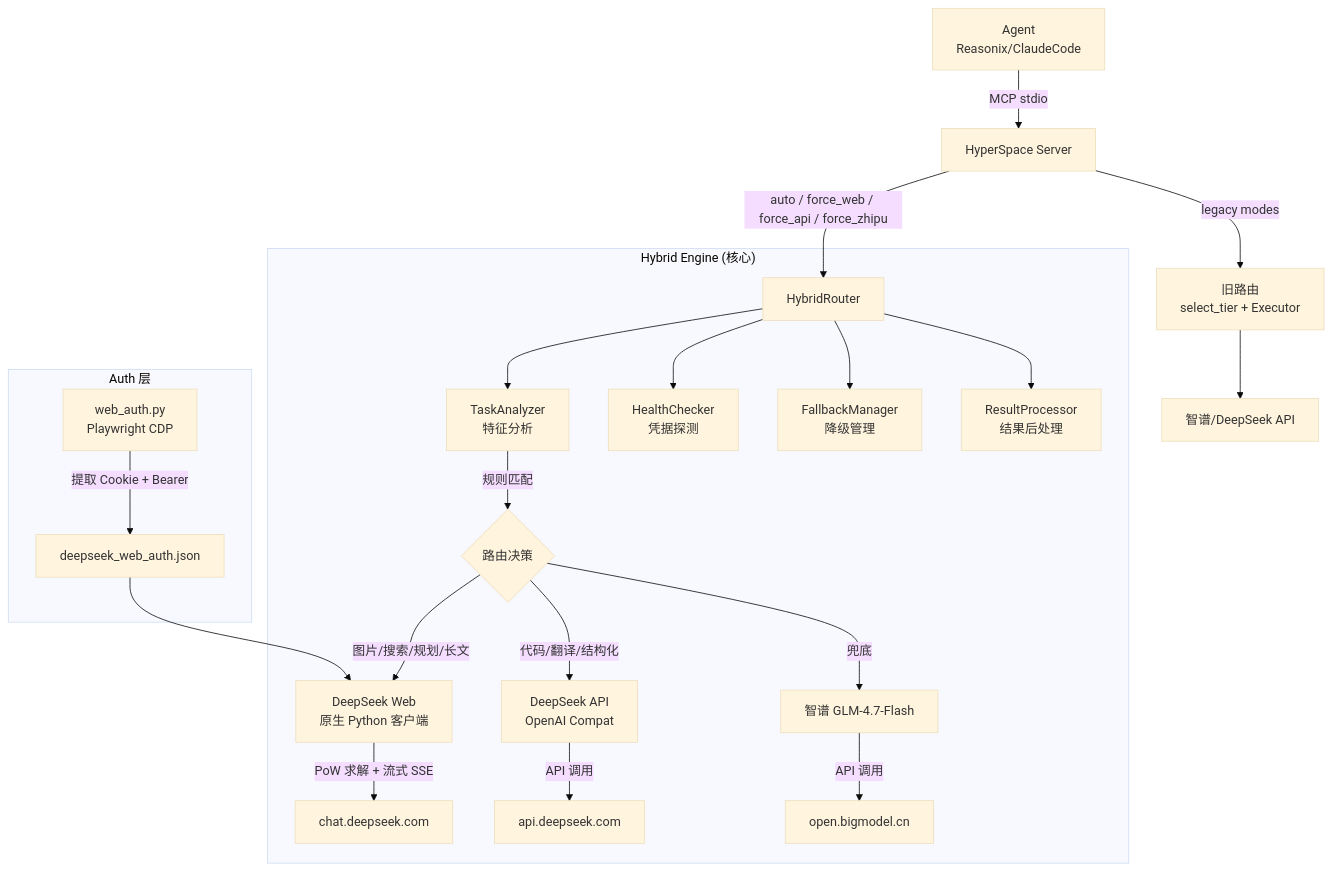
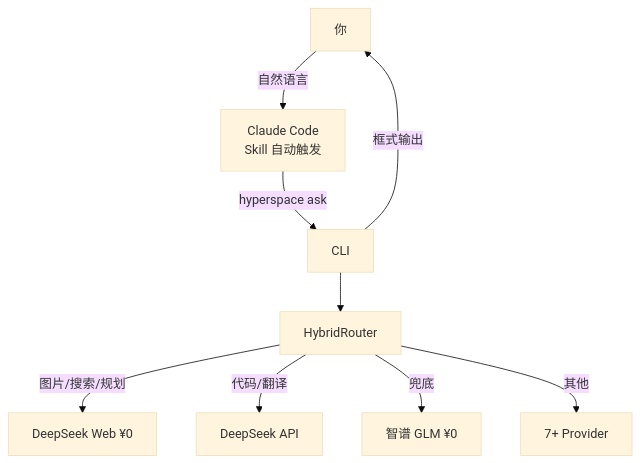
The diagram in README.md (freerunningkid/HyperSpace), drawn with Mermaid (base theme) before and after one commit. The commit also changed other lines of this file and 39 other files, not shown here.

````diff
--- a/README.md
+++ b/README.md
@@ -35,29 +188,11 @@
 ```mermaid
 graph TD
-    Agent[Agent<br/>Reasonix/ClaudeCode] -->|MCP stdio| HS[HyperSpace Server]
-
-    subgraph "Hybrid Engine (核心)"
-        HR[HybridRouter] --> TA[TaskAnalyzer<br/>特征分析]
-        HR --> HC[HealthChecker<br/>凭据探测]
-        HR --> FB[FallbackManager<br/>降级管理]
-        HR --> RP[ResultProcessor<br/>结果后处理]
-
-        TA -->|规则匹配| DECISION{路由决策}
-        DECISION -->|图片/搜索/规划/长文| DW[DeepSeek Web<br/>原生 Python 客户端]
-        DECISION -->|代码/翻译/结构化| DA[DeepSeek API<br/>OpenAI Compat]
-        DECISION -->|兜底| ZP[智谱 GLM-4.7-Flash]
-
-        DW -->|PoW 求解 + 流式 SSE| WS[chat.deepseek.com]
-        DA -->|API 调用| DS[api.deepseek.com]
-        ZP -->|API 调用| ZS[open.bigmodel.cn]
-    end
-
-    subgraph "Auth 层"
-        WA[web_auth.py<br/>Playwright CDP] -->|提取 Cookie + Bearer| AJ[deepseek_web_auth.json]
-        AJ --> DW
-    end
-
-    HS -->|auto / force_web / force_api / force_zhipu| HR
-    HS -->|legacy modes| LR[旧路由<br/>select_tier + Executor]
-    LR --> LF[智谱/DeepSeek API]
+    User[你] -->|自然语言| Claude[Claude Code<br/>Skill 自动触发]
+    Claude -->|hyperspace ask| CLI[CLI]
+    CLI --> HR[HybridRouter]
+    HR -->|图片/搜索/规划| DW[DeepSeek Web ¥0]
+    HR -->|代码/翻译| DA[DeepSeek API]
+    HR -->|兜底| ZP[智谱 GLM ¥0]
+    HR -->|其他| MR[7+ Provider]
+    CLI -->|框式输出| User
 ```
````
